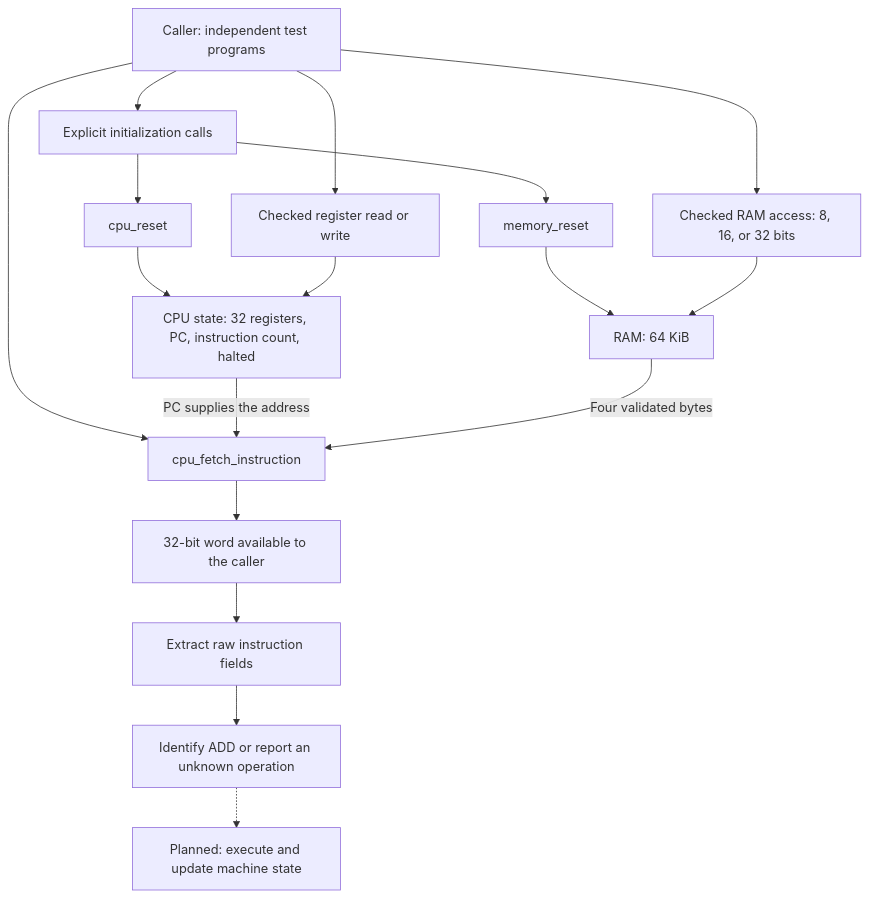
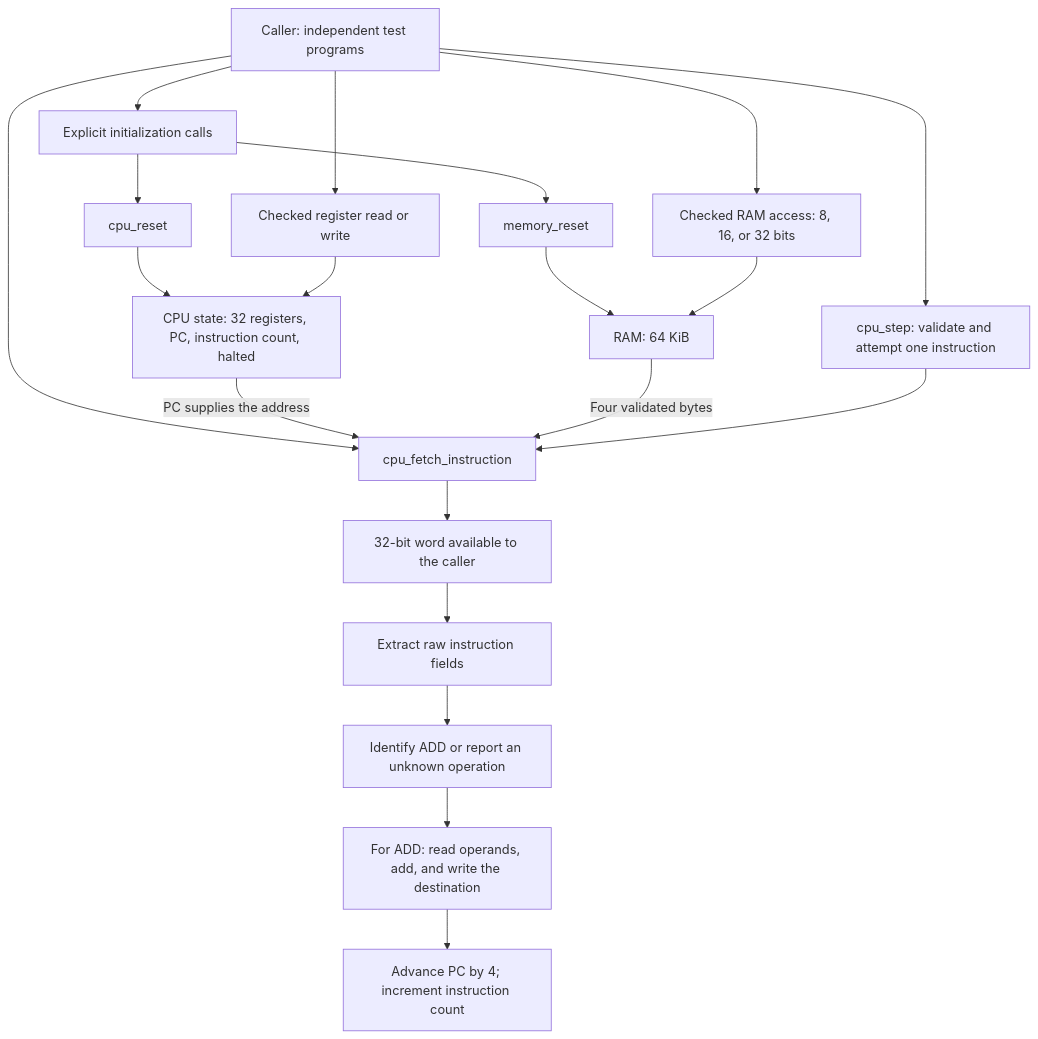
The first of 8 diagrams in docs/FLOWCHARTS.md (IcaroRamosDM/riscv32-simulator), drawn with Mermaid before and after one commit. The commit also changed other lines of this file and 6 other files, not shown here.

Commit message:
feat: execute ADD instructions with CPU stepping

````diff
--- a/docs/FLOWCHARTS.md
+++ b/docs/FLOWCHARTS.md
@@ -9,19 +9,22 @@
 ```mermaid
 flowchart TD
     CALL["Caller: independent test programs"] --> INIT["Explicit initialization calls"]
     INIT --> CR["cpu_reset"]
     INIT --> MR["memory_reset"]
     CR --> CPU["CPU state: 32 registers, PC, instruction count, halted"]
     MR --> RAM["RAM: 64 KiB"]
     CALL --> REG["Checked register read or write"]
     REG --> CPU
     CALL --> MEM["Checked RAM access: 8, 16, or 32 bits"]
     MEM --> RAM
     CALL --> FETCH["cpu_fetch_instruction"]
     CPU -->|"PC supplies the address"| FETCH
     RAM -->|"Four validated bytes"| FETCH
     FETCH --> WORD["32-bit word available to the caller"]
     WORD --> FIELDS["Extract raw instruction fields"]
     FIELDS --> DEC["Identify ADD or report an unknown operation"]
-    DEC -.-> EXEC["Planned: execute and update machine state"]
+    DEC --> EXEC["For ADD: read operands, add, and write the destination"]
+    EXEC --> ADVANCE["Advance PC by 4; increment instruction count"]
+    CALL --> STEP["cpu_step: validate and attempt one instruction"]
+    STEP --> FETCH
 ```
````
